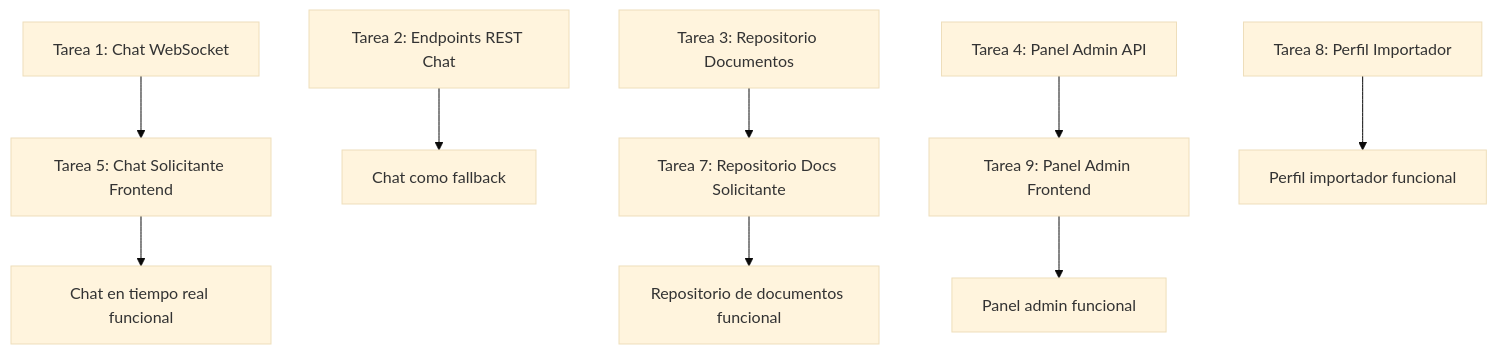
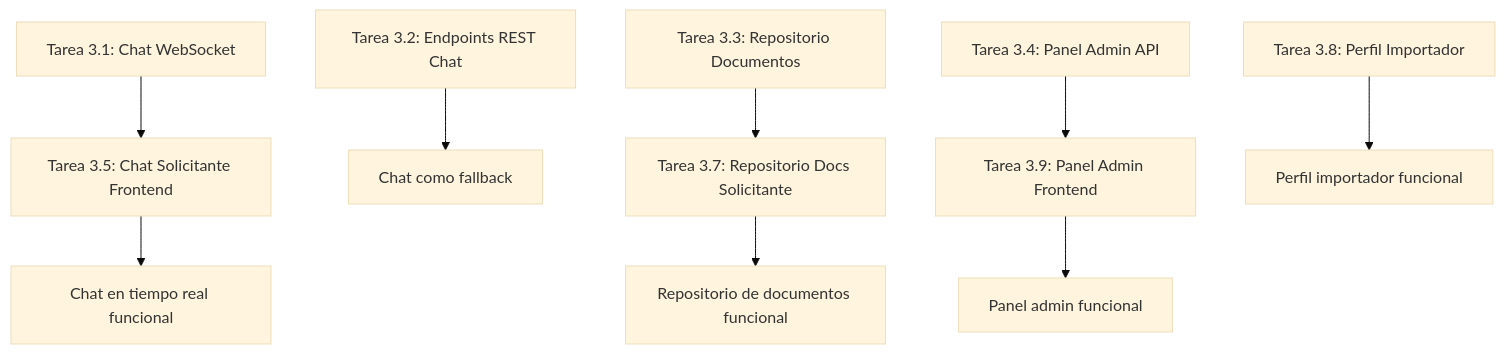
The diagram in ImportacionesQ8V/Fases-Desarrollo/Semana-3-Chat-y-Pulido/Tareas-Semana-3.md (JuanEstebanAstaiza/ImportacionesQ8), drawn with Mermaid (base theme) before and after one commit. The commit also changed other lines of this file and 3 other files, not shown here.

````diff
--- a/ImportacionesQ8V/Fases-Desarrollo/Semana-3-Chat-y-Pulido/Tareas-Semana-3.md
+++ b/ImportacionesQ8V/Fases-Desarrollo/Semana-3-Chat-y-Pulido/Tareas-Semana-3.md
@@ -230,13 +905,13 @@
 ```mermaid
 graph TD
-    A[Tarea 1: Chat WebSocket] --> B[Tarea 5: Chat Solicitante Frontend]
-    C[Tarea 2: Endpoints REST Chat] --> D[Chat como fallback]
+    A[Tarea 3.1: Chat WebSocket] --> B[Tarea 3.5: Chat Solicitante Frontend]
+    C[Tarea 3.2: Endpoints REST Chat] --> D[Chat como fallback]
     
-    E[Tarea 3: Repositorio Documentos] --> F[Tarea 7: Repositorio Docs Solicitante]
-    G[Tarea 4: Panel Admin API] --> H[Tarea 9: Panel Admin Frontend]
+    E[Tarea 3.3: Repositorio Documentos] --> F[Tarea 3.7: Repositorio Docs Solicitante]
+    G[Tarea 3.4: Panel Admin API] --> H[Tarea 3.9: Panel Admin Frontend]
     
-    I[Tarea 8: Perfil Importador] --> J[Perfil importador funcional]
+    I[Tarea 3.8: Perfil Importador] --> J[Perfil importador funcional]
     B --> K[Chat en tiempo real funcional]
     F --> L[Repositorio de documentos funcional]
     H --> M[Panel admin funcional]
 ```
````
